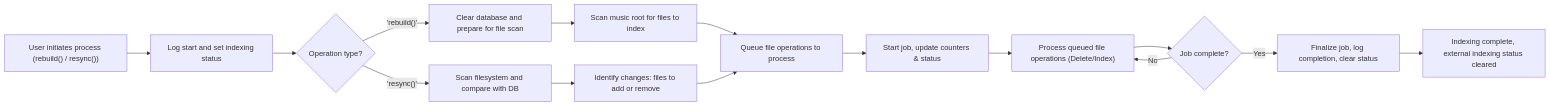
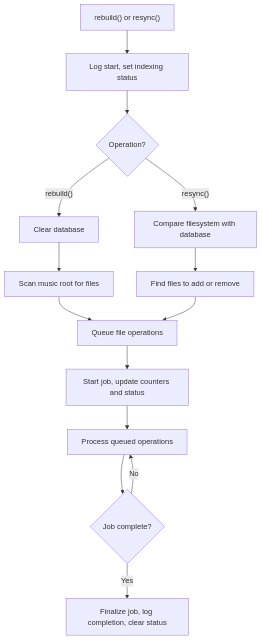
The first of 3 diagrams in docs/development/music-collection/loading.md (mark-me/mixtape-society), drawn with Mermaid before and after one commit. The commit also changed other lines of this file and 19 other files, not shown here.

First line of the commit message:
Simplify unreadable diagrams and correct small errors in the docs

````diff
--- a/docs/development/music-collection/loading.md
+++ b/docs/development/music-collection/loading.md
@@ -15,21 +15,19 @@
 ```mermaid
-flowchart LR
-    A["User initiates process (rebuild() / resync())"] --> B["Log start and set indexing status"]
-    B --> C{"Operation type?"}
-    C -->|"'rebuild()'"| D["Clear database and prepare for file scan"]
-    C -->|"'resync()'"| E["Scan filesystem and compare with DB"]
+flowchart TD
+    A["rebuild() or resync()"] --> B["Log start, set indexing status"]
+    B --> C{"Operation?"}
+    C -->|"rebuild()"| D["Clear database"]
+    C -->|"resync()"| E["Compare filesystem with database"]
 
-    D --> F["Scan music root for files to index"]
-    E --> G["Identify changes: files to add or remove"]
-    F --> H["Queue file operations to process"]
+    D --> F["Scan music root for files"]
+    E --> G["Find files to add or remove"]
+    F --> H["Queue file operations"]
     G --> H
 
-    H --> I["Start job, update counters & status"]
-    I --> J["Process queued file operations (Delete/Index)"]
+    H --> I["Start job, update counters and status"]
+    I --> J["Process queued operations"]
 
     J --> K{"Job complete?"}
+    K -->|No| J
     K -->|Yes| L["Finalize job, log completion, clear status"]
-    K -->|No| J
-
-    L --> M["Indexing complete, external indexing status cleared"]
 ```
````
